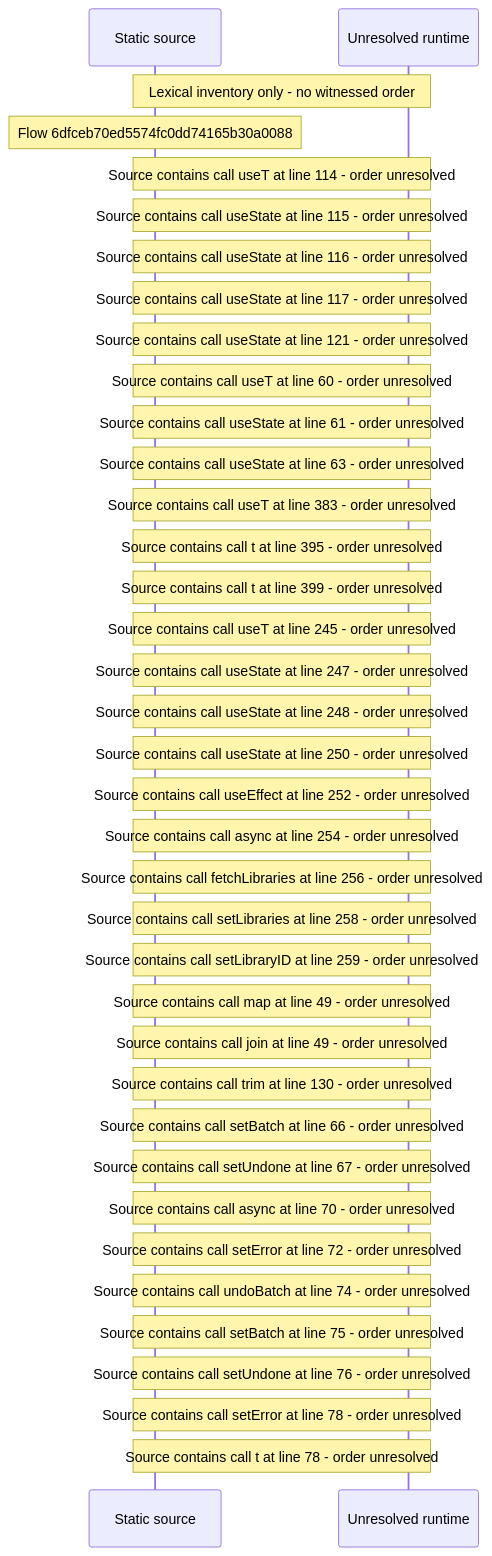
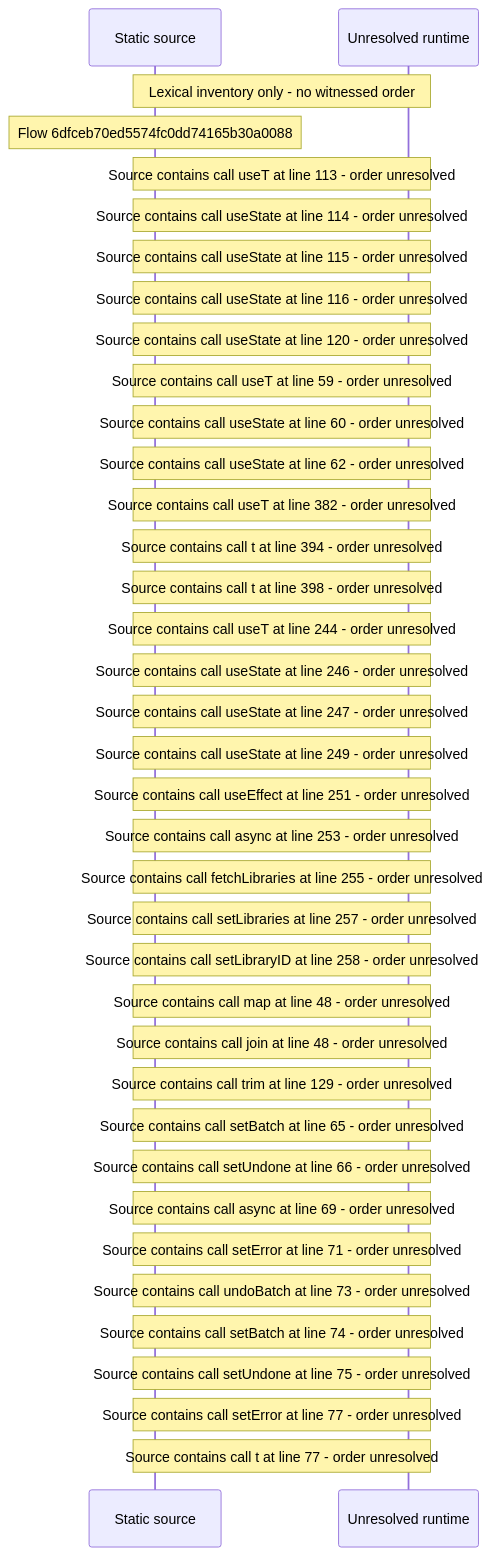
One commit to beamfall/core changed the diagram in docs/web/flows/generated/6dfceb70ed5574fc0dd74165b30a0088/flow-diagram.md. Above: the diagram before and after it, drawn with Mermaid. The commit also changed other lines of this file and 715 other files, not shown here.

First line of the commit message:
Regenerate the web flow record on main after CORE-1117

````diff
--- a/docs/web/flows/generated/6dfceb70ed5574fc0dd74165b30a0088/flow-diagram.md
+++ b/docs/web/flows/generated/6dfceb70ed5574fc0dd74165b30a0088/flow-diagram.md
@@ -10,39 +10,39 @@
 ```mermaid
 sequenceDiagram
     participant S as Static source
     participant U as Unresolved runtime
     Note over S,U: Lexical inventory only - no witnessed order
     Note over S: Flow 6dfceb70ed5574fc0dd74165b30a0088
-    Note over S,U: Source contains call useT at line 114 - order unresolved
+    Note over S,U: Source contains call useT at line 113 - order unresolved
+    Note over S,U: Source contains call useState at line 114 - order unresolved
     Note over S,U: Source contains call useState at line 115 - order unresolved
     Note over S,U: Source contains call useState at line 116 - order unresolved
-    Note over S,U: Source contains call useState at line 117 - order unresolved
-    Note over S,U: Source contains call useState at line 121 - order unresolved
-    Note over S,U: Source contains call useT at line 60 - order unresolved
-    Note over S,U: Source contains call useState at line 61 - order unresolved
-    Note over S,U: Source contains call useState at line 63 - order unresolved
-    Note over S,U: Source contains call useT at line 383 - order unresolved
-    Note over S,U: Source contains call t at line 395 - order unresolved
-    Note over S,U: Source contains call t at line 399 - order unresolved
-    Note over S,U: Source contains call useT at line 245 - order unresolved
+    Note over S,U: Source contains call useState at line 120 - order unresolved
+    Note over S,U: Source contains call useT at line 59 - order unresolved
+    Note over S,U: Source contains call useState at line 60 - order unresolved
+    Note over S,U: Source contains call useState at line 62 - order unresolved
+    Note over S,U: Source contains call useT at line 382 - order unresolved
+    Note over S,U: Source contains call t at line 394 - order unresolved
+    Note over S,U: Source contains call t at line 398 - order unresolved
+    Note over S,U: Source contains call useT at line 244 - order unresolved
+    Note over S,U: Source contains call useState at line 246 - order unresolved
     Note over S,U: Source contains call useState at line 247 - order unresolved
-    Note over S,U: Source contains call useState at line 248 - order unresolved
-    Note over S,U: Source contains call useState at line 250 - order unresolved
-    Note over S,U: Source contains call useEffect at line 252 - order unresolved
-    Note over S,U: Source contains call async at line 254 - order unresolved
-    Note over S,U: Source contains call fetchLibraries at line 256 - order unresolved
-    Note over S,U: Source contains call setLibraries at line 258 - order unresolved
-    Note over S,U: Source contains call setLibraryID at line 259 - order unresolved
-    Note over S,U: Source contains call map at line 49 - order unresolved
-    Note over S,U: Source contains call join at line 49 - order unresolved
-    Note over S,U: Source contains call trim at line 130 - order unresolved
-    Note over S,U: Source contains call setBatch at line 66 - order unresolved
-    Note over S,U: Source contains call setUndone at line 67 - order unresolved
-    Note over S,U: Source contains call async at line 70 - order unresolved
-    Note over S,U: Source contains call setError at line 72 - order unresolved
-    Note over S,U: Source contains call undoBatch at line 74 - order unresolved
-    Note over S,U: Source contains call setBatch at line 75 - order unresolved
-    Note over S,U: Source contains call setUndone at line 76 - order unresolved
-    Note over S,U: Source contains call setError at line 78 - order unresolved
-    Note over S,U: Source contains call t at line 78 - order unresolved
+    Note over S,U: Source contains call useState at line 249 - order unresolved
+    Note over S,U: Source contains call useEffect at line 251 - order unresolved
+    Note over S,U: Source contains call async at line 253 - order unresolved
+    Note over S,U: Source contains call fetchLibraries at line 255 - order unresolved
+    Note over S,U: Source contains call setLibraries at line 257 - order unresolved
+    Note over S,U: Source contains call setLibraryID at line 258 - order unresolved
+    Note over S,U: Source contains call map at line 48 - order unresolved
+    Note over S,U: Source contains call join at line 48 - order unresolved
+    Note over S,U: Source contains call trim at line 129 - order unresolved
+    Note over S,U: Source contains call setBatch at line 65 - order unresolved
+    Note over S,U: Source contains call setUndone at line 66 - order unresolved
+    Note over S,U: Source contains call async at line 69 - order unresolved
+    Note over S,U: Source contains call setError at line 71 - order unresolved
+    Note over S,U: Source contains call undoBatch at line 73 - order unresolved
+    Note over S,U: Source contains call setBatch at line 74 - order unresolved
+    Note over S,U: Source contains call setUndone at line 75 - order unresolved
+    Note over S,U: Source contains call setError at line 77 - order unresolved
+    Note over S,U: Source contains call t at line 77 - order unresolved
 ```
````
